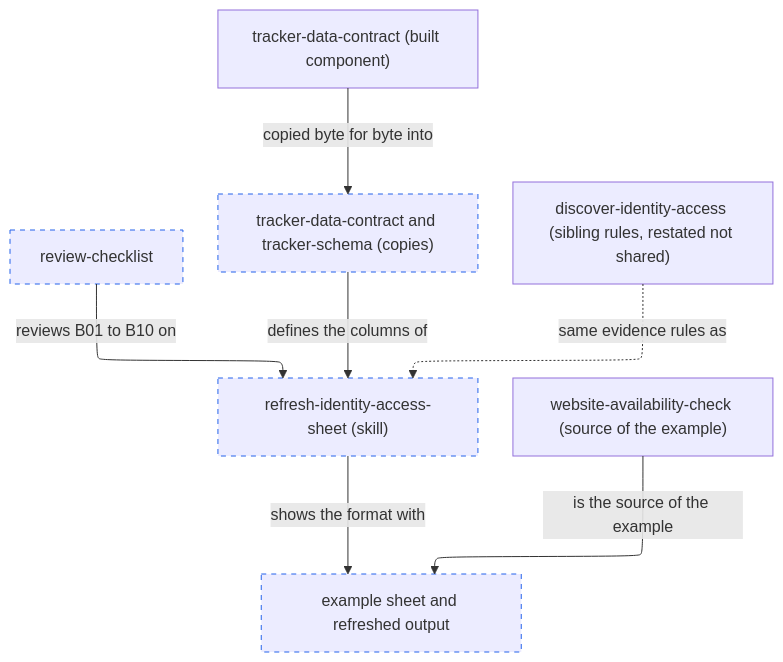
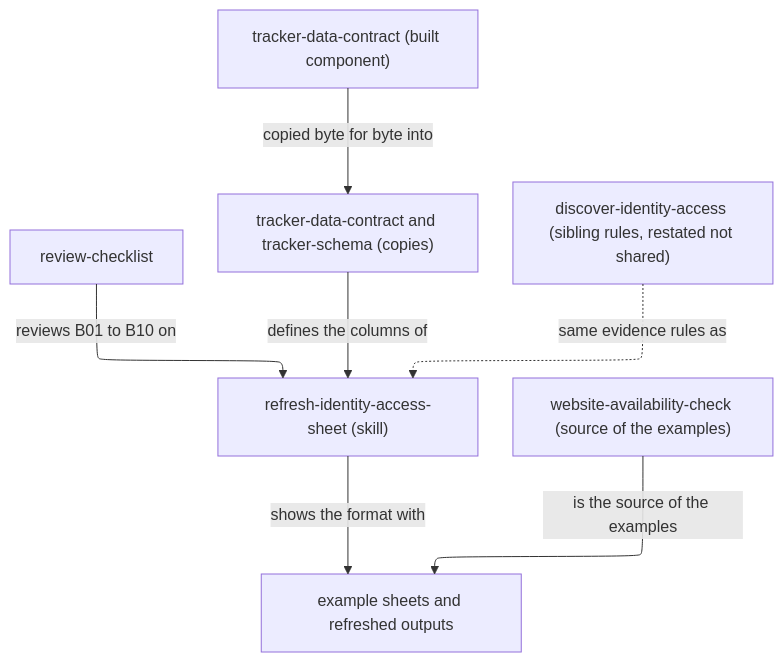
Before and after one commit to vrparthasarathy/migration-job-discovery: the diagram in identity-access-sheet-refresh/README.md, drawn with Mermaid. The commit also changed other lines of this file and 10 other files, not shown here.

Commit message:
Build Identity Access Sheet Refresh.

````diff
--- a/identity-access-sheet-refresh/README.md
+++ b/identity-access-sheet-refresh/README.md
@@ -58,22 +31,28 @@
 ```mermaid
 ---
 config:
   layout: elk
 ---
 %%{init: {"securityLevel": "loose"}}%%
 flowchart TB
-  chk["review-checklist"]:::planned
-  skill["refresh-identity-access-sheet (skill)"]:::planned
-  copy["tracker-data-contract and tracker-schema (copies)"]:::planned
-  ex["example sheet and refreshed output"]:::planned
+  chk["review-checklist"]
+  skill["refresh-identity-access-sheet (skill)"]
+  copy["tracker-data-contract and tracker-schema (copies)"]
+  ex["example sheets and refreshed outputs"]
   contract["tracker-data-contract (built component)"]
-  site["website-availability-check (source of the example)"]
+  site["website-availability-check (source of the examples)"]
   sib["discover-identity-access (sibling rules, restated not shared)"]
+  click chk "review-checklist.md"
+  click skill "refresh-identity-access-sheet/SKILL.md"
+  click copy "refresh-identity-access-sheet/tracker-data-contract.md"
+  click ex "refresh-identity-access-sheet/example-access-sheet-refreshed.csv"
+  click contract "../tracker-data-contract/README.md"
+  click site "../website-availability-check/README.md"
+  click sib "../identity-access-discovery/README.md"
   contract -->|"copied byte for byte into"| copy
   copy -->|"defines the columns of"| skill
   skill -->|"shows the format with"| ex
-  site -->|"is the source of the example"| ex
+  site -->|"is the source of the examples"| ex
   sib -.->|"same evidence rules as"| skill
   chk -->|"reviews B01 to B10 on"| skill
-  classDef planned stroke-dasharray: 5 5,stroke:#2563eb
 ```
````
